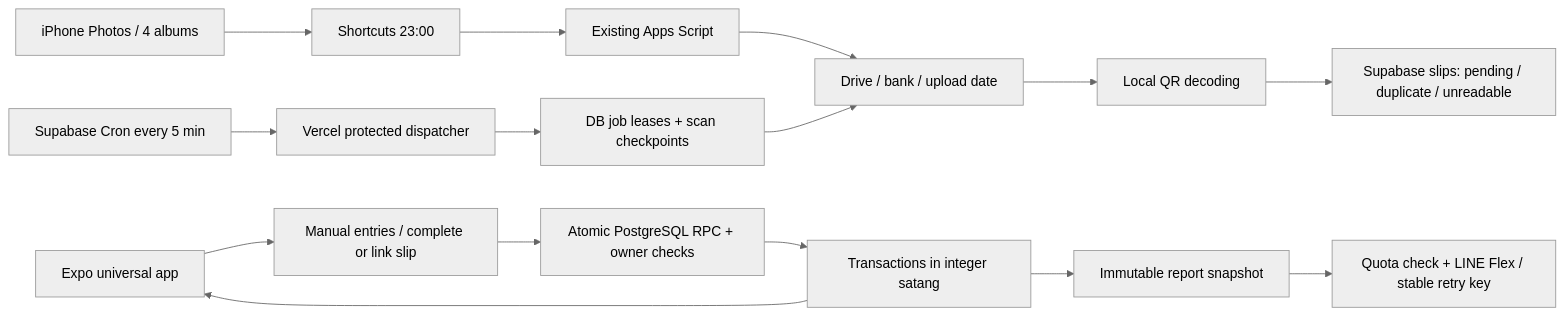
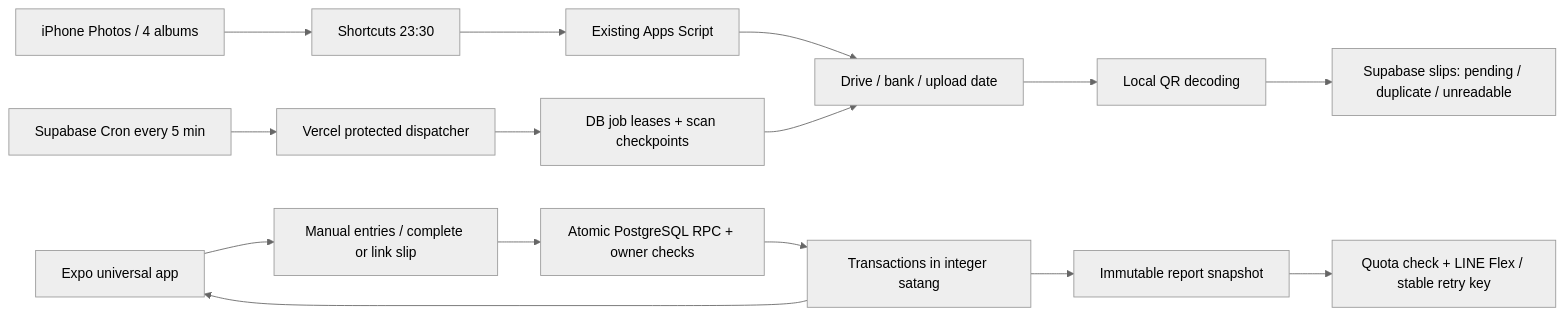
One commit to chitsanuphong-chsnp/expense-tracker changed the diagram in docs/ARCHITECTURE.md. Above: the diagram before and after it, drawn with Mermaid (neutral theme). The commit also changed other lines of this file and 28 other files, not shown here.

````diff
--- a/docs/ARCHITECTURE.md
+++ b/docs/ARCHITECTURE.md
@@ -3,17 +3,17 @@
 ```mermaid
 flowchart LR
-    A[iPhone Photos / 4 albums] --> B[Shortcuts 23:00]
+    A[iPhone Photos / 4 albums] --> B[Shortcuts 23:30]
     B --> C[Existing Apps Script]
     C --> D[Drive / bank / upload date]
     E[Supabase Cron every 5 min] --> F[Vercel protected dispatcher]
     F --> G[DB job leases + scan checkpoints]
     G --> D
     D --> H[Local QR decoding]
     H --> I[Supabase slips: pending / duplicate / unreadable]
     J[Expo universal app] --> K[Manual entries / complete or link slip]
     K --> L[Atomic PostgreSQL RPC + owner checks]
     L --> M[Transactions in integer satang]
     M --> J
     M --> N[Immutable report snapshot]
     N --> O[Quota check + LINE Flex / stable retry key]
 ```
````
